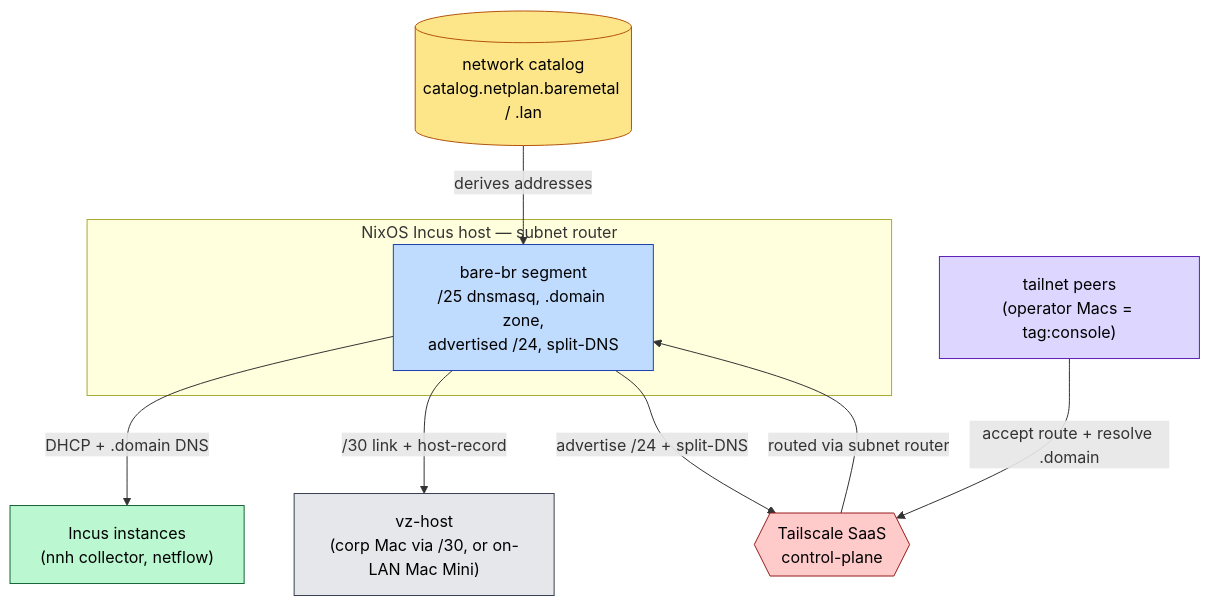
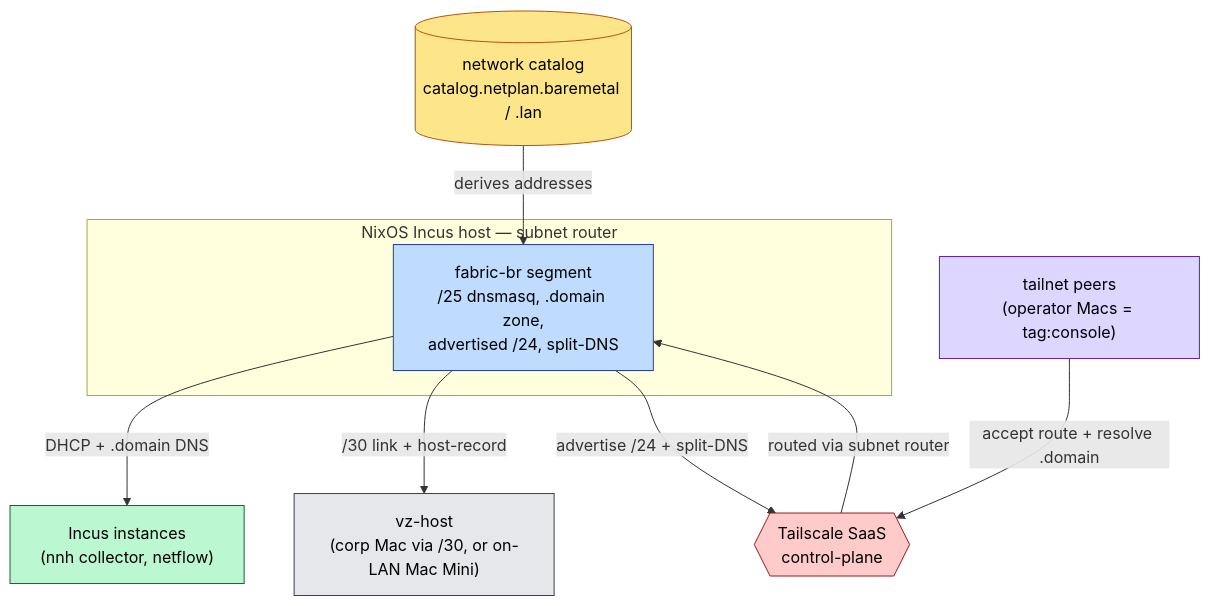
The first of 3 diagrams in docs/network-catalog-segments.adoc (seedmatic/ndh), drawn with Mermaid before and after one commit. The commit also changed other lines of this file and 11 other files, not shown here.

```diff
--- a/docs/network-catalog-segments.adoc
+++ b/docs/network-catalog-segments.adoc
@@ -35,26 +35,26 @@
 [mermaid]
 ....
 flowchart TB
   CAT[("network catalog\ncatalog.netplan.baremetal / .lan")]:::data
   subgraph host [NixOS Incus host — subnet router]
-    SEG["bare-br segment\n/25 dnsmasq, .domain zone,\nadvertised /24, split-DNS"]:::infra
+    SEG["fabric-br segment\n/25 dnsmasq, .domain zone,\nadvertised /24, split-DNS"]:::infra
   end
   INST["Incus instances\n(nnh collector, netflow)"]:::wl
   VZ["vz-host\n(corp Mac via /30, or on-LAN Mac Mini)"]:::ext
   PEER["tailnet peers\n(operator Macs = tag:console)"]:::actor
   TS{{"Tailscale SaaS\ncontrol-plane"}}:::ctrl
 
   CAT -->|"derives addresses"| SEG
   SEG -->|"DHCP + .domain DNS"| INST
   SEG -->|"/30 link + host-record"| VZ
   SEG -->|"advertise /24 + split-DNS"| TS
   PEER -->|"accept route + resolve <name>.domain"| TS
   TS -->|"routed via subnet router"| SEG
 
   classDef data fill:#fde68a,stroke:#b45309,color:#000;
   classDef infra fill:#bfdbfe,stroke:#1e40af,color:#000;
   classDef wl fill:#bbf7d0,stroke:#166534,color:#000;
   classDef ext fill:#e5e7eb,stroke:#374151,color:#000;
   classDef actor fill:#ddd6fe,stroke:#5b21b6,color:#000;
   classDef ctrl fill:#fecaca,stroke:#991b1b,color:#000;
 ....
```
